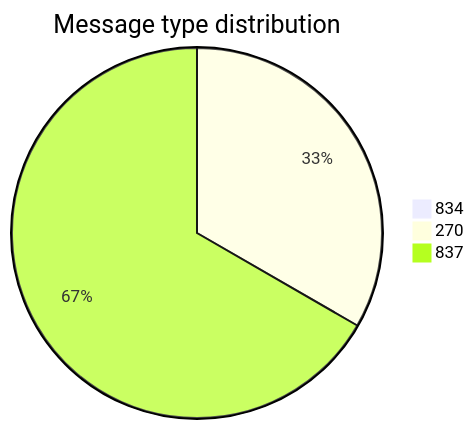
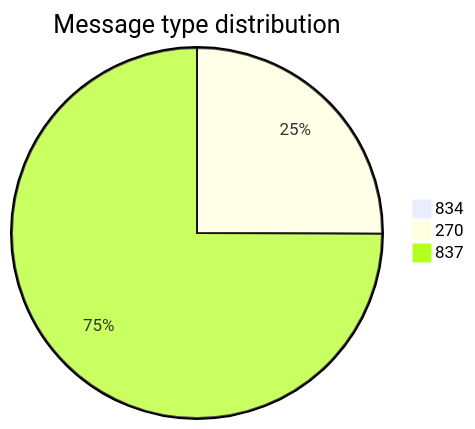
The first of 10 diagrams in test-tools/DataGen/src/Statistics_Visualizer.md (dhagan-va/intern-2025), drawn with Mermaid before and after one commit. The commit also changed other lines of this file and 2 other files, not shown here.

````diff
--- a/test-tools/DataGen/src/Statistics_Visualizer.md
+++ b/test-tools/DataGen/src/Statistics_Visualizer.md
@@ -18,6 +18,6 @@
 ```mermaid
 pie title Message type distribution
     "834" : 0
     "270" : 100
-    "837" : 200
+    "837" : 299
 ```
````
